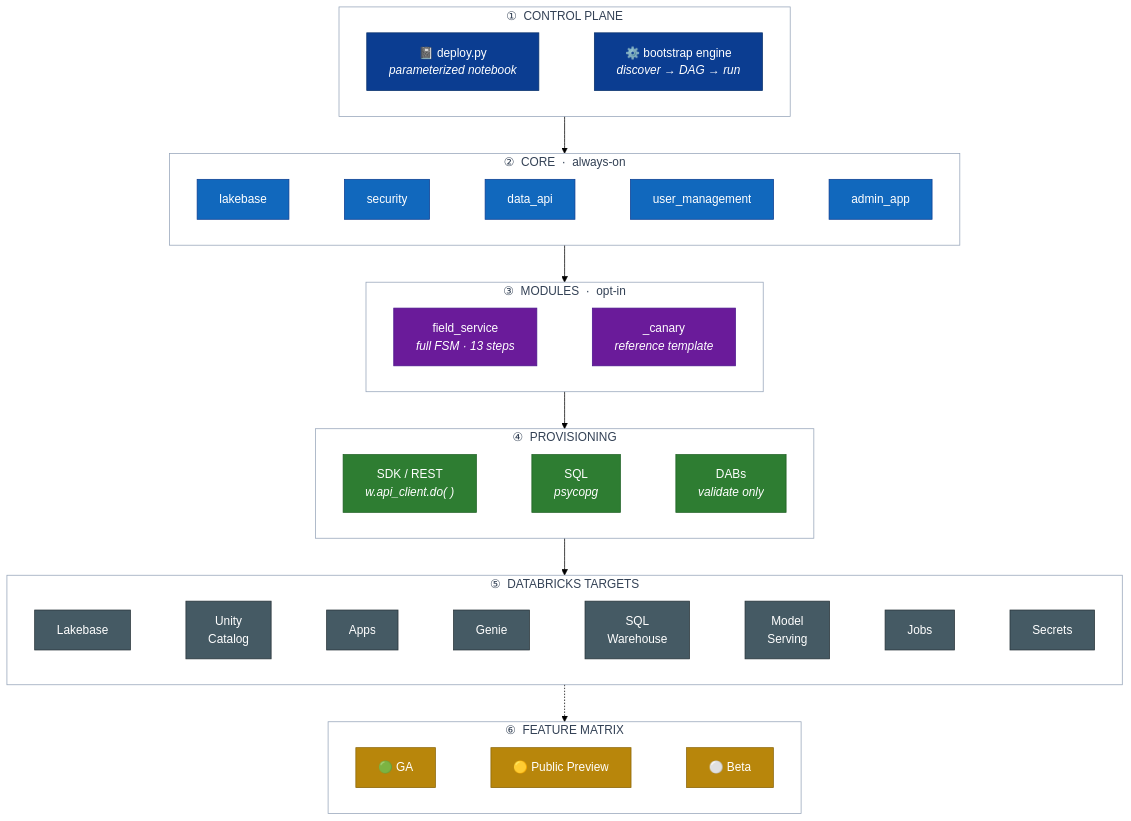
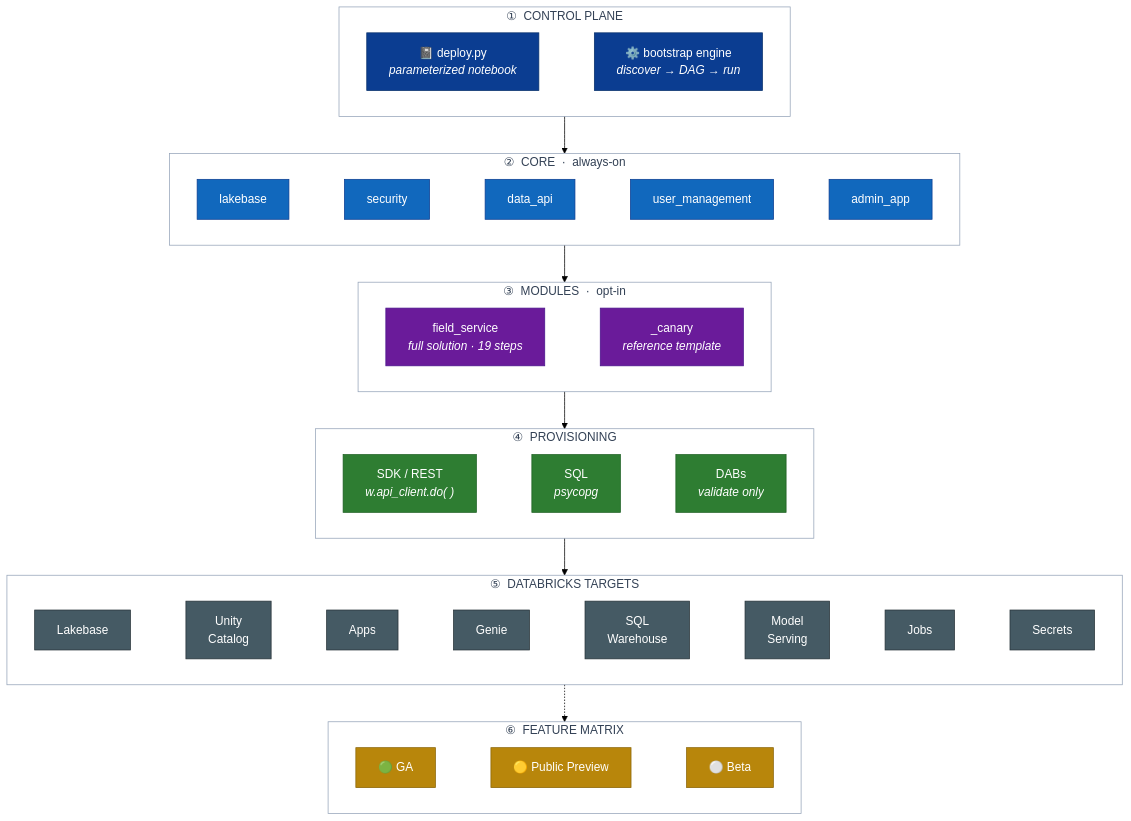
One commit to databricks-solutions/lakebase-solutions changed the diagram in README.md. Above: the diagram before and after it, drawn with Mermaid (forest theme). The commit also changed other lines of this file and 2 other files, not shown here.

````diff
--- a/README.md
+++ b/README.md
@@ -65,45 +82,45 @@
 ```mermaid
 flowchart TB
     subgraph CP["① &nbsp;CONTROL PLANE"]
         direction LR
         a1["📓 deploy.py<br/><i>parameterized notebook</i>"] ~~~ a2["⚙️ bootstrap engine<br/><i>discover → DAG → run</i>"]
     end
     subgraph CORE["② &nbsp;CORE &nbsp;·&nbsp; always-on"]
         direction LR
         c1[lakebase] ~~~ c2[security] ~~~ c3[data_api] ~~~ c4[user_management] ~~~ c5[admin_app]
     end
     subgraph MODS["③ &nbsp;MODULES &nbsp;·&nbsp; opt-in"]
         direction LR
-        m1["field_service<br/><i>full FSM · 13 steps</i>"] ~~~ m2["_canary<br/><i>reference template</i>"]
+        m1["field_service<br/><i>full solution · 19 steps</i>"] ~~~ m2["_canary<br/><i>reference template</i>"]
     end
     subgraph PROV["④ &nbsp;PROVISIONING"]
         direction LR
         p1["SDK / REST<br/><i>w.api_client.do( )</i>"] ~~~ p2["SQL<br/><i>psycopg</i>"] ~~~ p3["DABs<br/><i>validate only</i>"]
     end
     subgraph TGT["⑤ &nbsp;DATABRICKS TARGETS"]
         direction LR
         t1[Lakebase] ~~~ t2["Unity<br/>Catalog"] ~~~ t3[Apps] ~~~ t4[Genie] ~~~ t5["SQL<br/>Warehouse"] ~~~ t6["Model<br/>Serving"] ~~~ t7[Jobs] ~~~ t8[Secrets]
     end
     subgraph MAT["⑥ &nbsp;FEATURE MATRIX"]
         direction LR
         f1["🟢 GA"] ~~~ f2["🟡 Public Preview"] ~~~ f3["⚪ Beta"]
     end
 
     CP --> CORE --> MODS --> PROV --> TGT
     TGT -.-> MAT
 
     classDef band fill:none,stroke:#94a3b8,stroke-width:1px,color:#334155;
     class CP,CORE,MODS,PROV,TGT,MAT band;
     classDef cp fill:#0b3d91,color:#fff,stroke:#08306b;
     classDef core fill:#1168bd,color:#fff,stroke:#0b3d91;
     classDef mods fill:#6a1b9a,color:#fff,stroke:#4a148c;
     classDef prov fill:#2e7d32,color:#fff,stroke:#1b5e20;
     classDef tgt fill:#455a64,color:#fff,stroke:#263238;
     classDef mat fill:#b8860b,color:#fff,stroke:#8a6508;
     class a1,a2 cp;
     class c1,c2,c3,c4,c5 core;
     class m1,m2 mods;
     class p1,p2,p3 prov;
     class t1,t2,t3,t4,t5,t6,t7,t8 tgt;
     class f1,f2,f3 mat;
 ```
````
